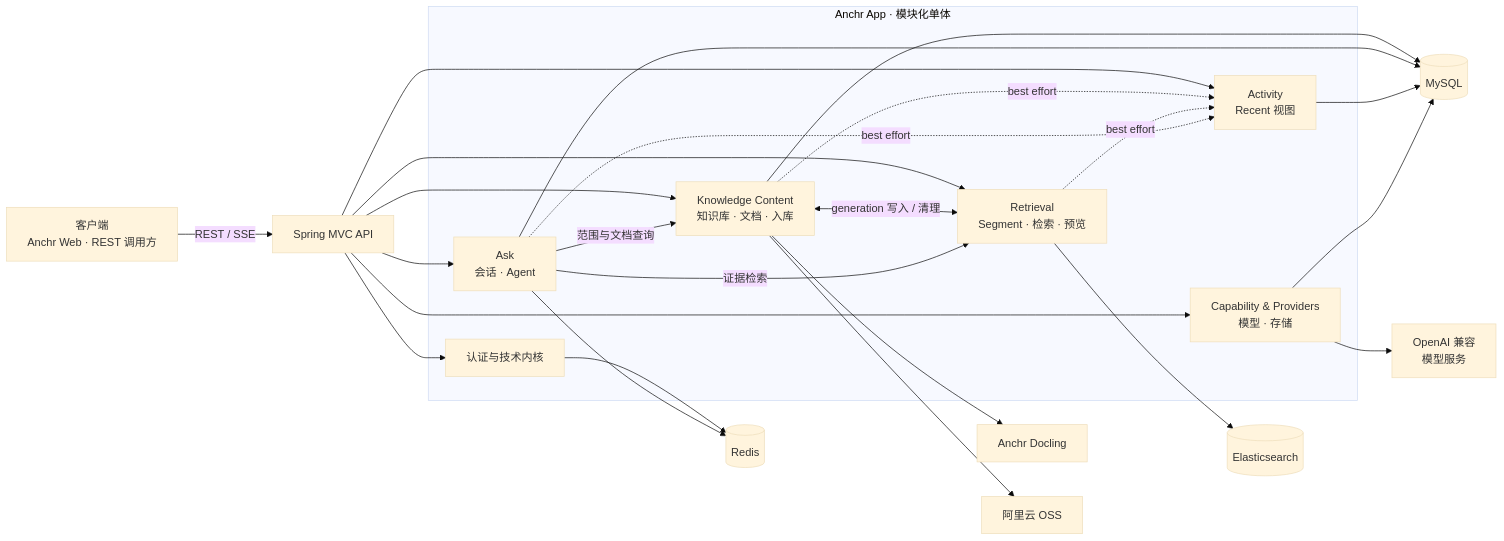
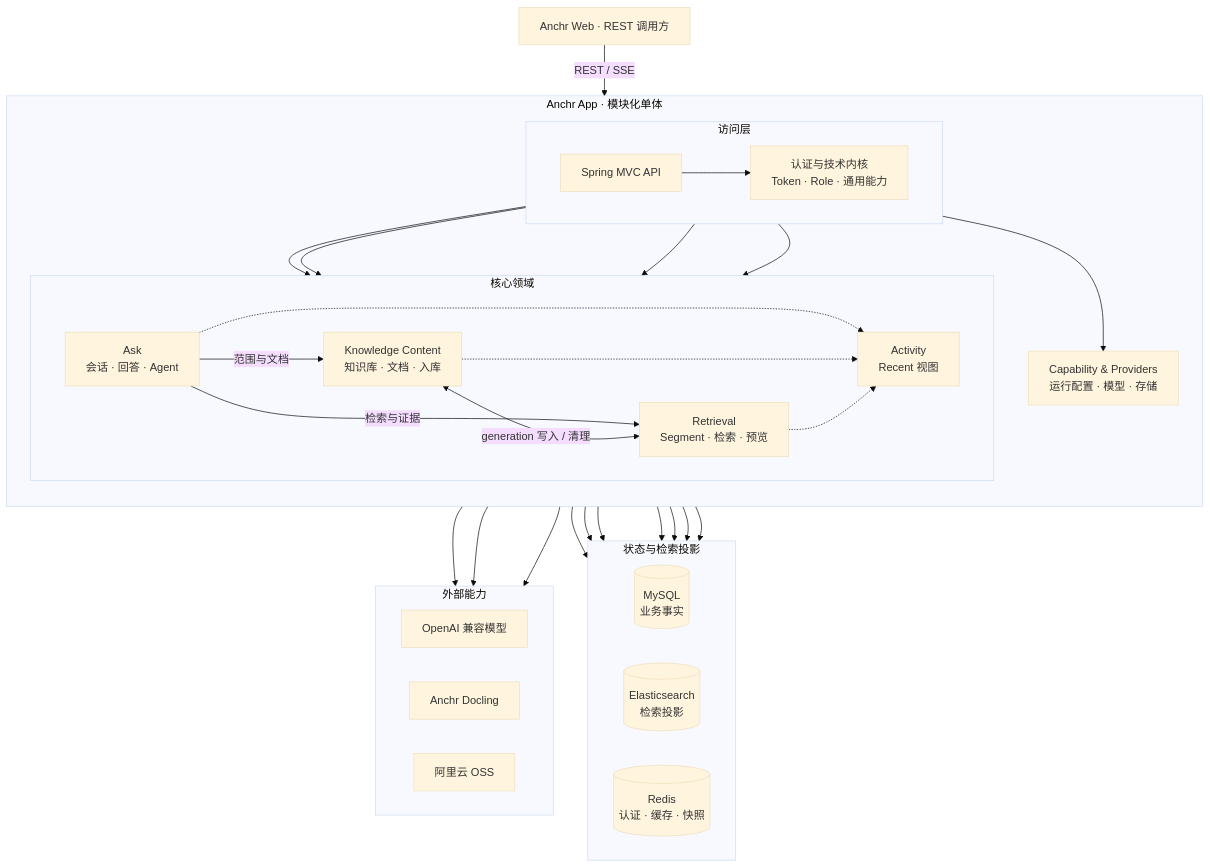
The diagram in docs/technical.zh-CN.md (ryanmeowy/anchr-app), drawn with Mermaid (base theme) before and after one commit. The commit also changed other lines of this file and 1 other file, not shown here.

Commit message:
Restructures architecture diagrams to clarify layers and dependencies.

````diff
--- a/docs/technical.zh-CN.md
+++ b/docs/technical.zh-CN.md
@@ -69,39 +69,55 @@
 ```mermaid
-flowchart LR
-    C["客户端<br/>Anchr Web · REST 调用方"] -->|"REST / SSE"| API["Spring MVC API"]
+flowchart TB
+    CLIENT["Anchr Web · REST 调用方"] -->|"REST / SSE"| API
 
     subgraph APP["Anchr App · 模块化单体"]
-        AUTH["认证与技术内核"]
-        KC["Knowledge Content<br/>知识库 · 文档 · 入库"]
-        RET["Retrieval<br/>Segment · 检索 · 预览"]
-        ASK["Ask<br/>会话 · Agent"]
-        ACT["Activity<br/>Recent 视图"]
-        CAP["Capability & Providers<br/>模型 · 存储"]
+        direction TB
+
+        subgraph ACCESS["访问层"]
+            direction LR
+            API["Spring MVC API"]
+            AUTH["认证与技术内核<br/>Token · Role · 通用能力"]
+        end
+
+        subgraph CORE["核心领域"]
+            direction LR
+            ASK["Ask<br/>会话 · 回答 · Agent"]
+            KC["Knowledge Content<br/>知识库 · 文档 · 入库"]
+            RET["Retrieval<br/>Segment · 检索 · 预览"]
+            ACT["Activity<br/>Recent 视图"]
+        end
+
+        CAP["Capability & Providers<br/>运行配置 · 模型 · 存储"]
     end
 
     API --> AUTH
-    API --> KC
-    API --> RET
-    API --> ASK
-    API --> ACT
-    API --> CAP
+    API --> ASK & KC & RET & ACT & CAP
 
+    ASK -->|"范围与文档"| KC
+    ASK -->|"检索与证据"| RET
     KC <-->|"generation 写入 / 清理"| RET
-    ASK -->|"范围与文档查询"| KC
-    ASK -->|"证据检索"| RET
-    KC -.->|"best effort"| ACT
-    RET -.->|"best effort"| ACT
-    ASK -.->|"best effort"| ACT
+    ASK -.-> ACT
+    KC -.-> ACT
+    RET -.-> ACT
 
-    KC --> MYSQL[("MySQL")]
-    ASK --> MYSQL
-    ACT --> MYSQL
-    CAP --> MYSQL
-    AUTH --> REDIS[("Redis")]
-    ASK --> REDIS
-    RET --> ES[("Elasticsearch")]
+    subgraph STATE["状态与检索投影"]
+        direction LR
+        MYSQL[("MySQL<br/>业务事实")]
+        ES[("Elasticsearch<br/>检索投影")]
+        REDIS[("Redis<br/>认证 · 缓存 · 快照")]
+    end
 
-    CAP --> MODELS["OpenAI 兼容<br/>模型服务"]
-    KC --> DOCLING["Anchr Docling"]
-    KC --> OSS["阿里云 OSS"]
+    ASK & KC & ACT & CAP --> MYSQL
+    RET --> ES
+    AUTH & ASK --> REDIS
+
+    subgraph EXTERNAL["外部能力"]
+        direction LR
+        MODELS["OpenAI 兼容模型"]
+        DOCLING["Anchr Docling"]
+        OSS["阿里云 OSS"]
+    end
+
+    CAP --> MODELS
+    KC --> DOCLING & OSS
 ```
````
